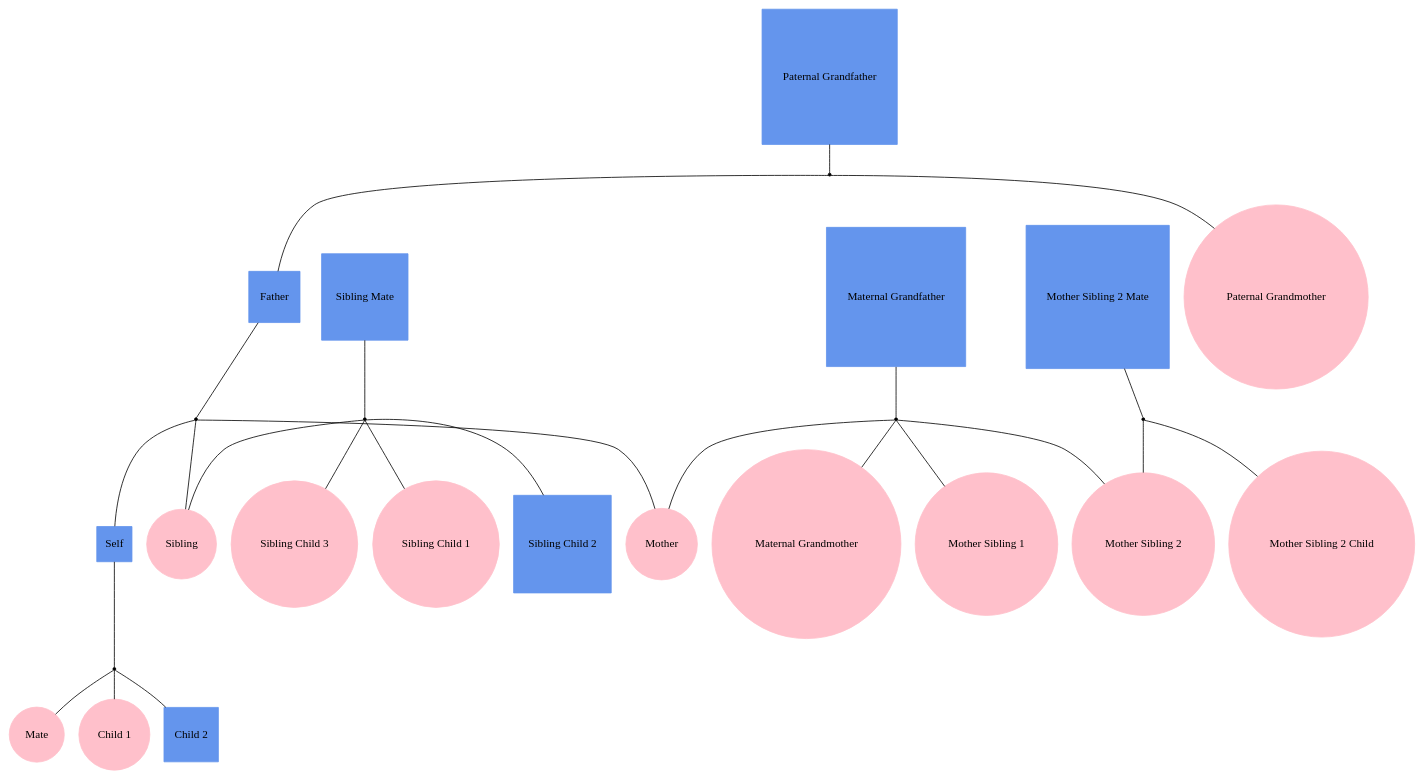
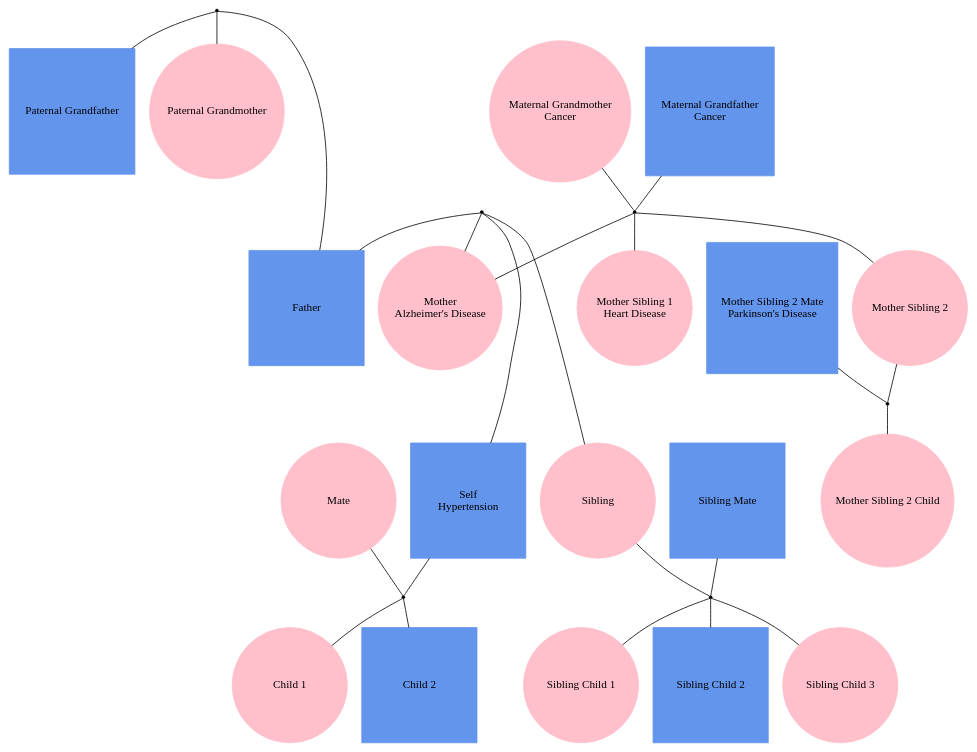
One commit to phewing/teamM_L changed the diagram in encoder/out8.gv. Above: the diagram before and after it, drawn with Graphviz. The commit also changed 22 other files, not shown here.

```diff
--- a/encoder/out8.gv
+++ b/encoder/out8.gv
@@ -1,49 +1,56 @@
 
 graph f8 {
-"Self" [shape=box, style=filled, regular=1, color="cornflowerblue"];
-"Mate" [shape=oval, style=filled, regular=1, color="pink"];
-"Child 1" [shape=oval, style=filled, regular=1, color="pink"];
-"Child 2" [shape=box, style=filled, regular=1, color="cornflowerblue"];
-"Sibling" [shape=oval, style=filled, regular=1, color="pink"];
-"Sibling Mate" [shape=box, style=filled, regular=1, color="cornflowerblue"];
-"Sibling Child 1" [shape=oval, style=filled, regular=1, color="pink"];
-"Sibling Child 2" [shape=box, style=filled, regular=1, color="cornflowerblue"];
-"Sibling Child 3" [shape=oval, style=filled, regular=1, color="pink"];
-"Father" [shape=box, style=filled, regular=1, color="cornflowerblue"];
-"Paternal Grandfather" [shape=box, style=filled, regular=1, color="cornflowerblue"];
-"Paternal Grandmother" [shape=oval, style=filled, regular=1, color="pink"];
-"Mother" [shape=oval, style=filled, regular=1, color="pink"];
-"Mother Sibling 1" [shape=oval, style=filled, regular=1, color="pink"];
-"Mother Sibling 2" [shape=oval, style=filled, regular=1, color="pink"];
-"Mother Sibling 2 Mate" [shape=box, style=filled, regular=1, color="cornflowerblue"];
-"Mother Sibling 2 Child" [shape=oval, style=filled, regular=1, color="pink"];
-"Maternal Grandfather" [shape=box, style=filled, regular=1, color="cornflowerblue"];
-"Maternal Grandmother" [shape=oval, style=filled, regular=1, color="pink"];
+ordering=out;
+
+"Self\nHypertension" [fontname="helvetica:bold", width=2, shape=box, style=filled, regular=1, color="cornflowerblue"];
+"Mate" [fontname="helvetica:bold", width=2, shape=oval, style=filled, regular=1, color="pink"];
+"Child 1" [fontname="helvetica:bold", width=2, shape=oval, style=filled, regular=1, color="pink"];
+"Child 2" [fontname="helvetica:bold", width=2, shape=box, style=filled, regular=1, color="cornflowerblue"];
+"Sibling" [fontname="helvetica:bold", width=2, shape=oval, style=filled, regular=1, color="pink"];
+"Sibling Mate" [fontname="helvetica:bold", width=2, shape=box, style=filled, regular=1, color="cornflowerblue"];
+"Sibling Child 1" [fontname="helvetica:bold", width=2, shape=oval, style=filled, regular=1, color="pink"];
+"Sibling Child 2" [fontname="helvetica:bold", width=2, shape=box, style=filled, regular=1, color="cornflowerblue"];
+"Sibling Child 3" [fontname="helvetica:bold", width=2, shape=oval, style=filled, regular=1, color="pink"];
+"Father" [fontname="helvetica:bold", width=2, shape=box, style=filled, regular=1, color="cornflowerblue"];
+"Paternal Grandfather" [fontname="helvetica:bold", width=2, shape=box, style=filled, regular=1, color="cornflowerblue"];
+"Paternal Grandmother" [fontname="helvetica:bold", width=2, shape=oval, style=filled, regular=1, color="pink"];
+"Mother\nAlzheimer's Disease" [fontname="helvetica:bold", width=2, shape=oval, style=filled, regular=1, color="pink"];
+"Mother Sibling 1\nHeart Disease" [fontname="helvetica:bold", width=2, shape=oval, style=filled, regular=1, color="pink"];
+"Mother Sibling 2" [fontname="helvetica:bold", width=2, shape=oval, style=filled, regular=1, color="pink"];
+"Mother Sibling 2 Mate\nParkinson's Disease" [fontname="helvetica:bold", width=2, shape=box, style=filled, regular=1, color="cornflowerblue"];
+"Mother Sibling 2 Child" [fontname="helvetica:bold", width=2, shape=oval, style=filled, regular=1, color="pink"];
+"Maternal Grandfather\nCancer" [fontname="helvetica:bold", width=2, shape=box, style=filled, regular=1, color="cornflowerblue"];
+"Maternal Grandmother\nCancer" [fontname="helvetica:bold", width=2, shape=oval, style=filled, regular=1, color="pink"];
 
 "self+mate" [shape=point];
 "siblingmate+sibling" [shape=point];
 "father+mother" [shape=point];
 "paternalgrandfather+paternalgrandmother" [shape=point];
 "mothersibling2mate+mothersibling2" [shape=point];
 "maternalgrandfather+maternalgrandmother" [shape=point];
 
-"Self" -- "self+mate" -- "Mate";
+"Self\nHypertension" -- "self+mate" -- "Mate";
 "Sibling Mate" -- "siblingmate+sibling" -- "Sibling";
-"Father" -- "father+mother" -- "Mother";
+"Father" -- "father+mother" -- "Mother\nAlzheimer's Disease";
 "Paternal Grandfather" -- "paternalgrandfather+paternalgrandmother" -- "Paternal Grandmother";
-"Mother Sibling 2 Mate" -- "mothersibling2mate+mothersibling2" -- "Mother Sibling 2";
-"Maternal Grandfather" -- "maternalgrandfather+maternalgrandmother" -- "Maternal Grandmother";
+"Mother Sibling 2 Mate\nParkinson's Disease" -- "mothersibling2mate+mothersibling2" -- "Mother Sibling 2";
+"Maternal Grandfather\nCancer" -- "maternalgrandfather+maternalgrandmother" -- "Maternal Grandmother\nCancer";
 
-"father+mother" -- "Self";
+"father+mother" -- "Self\nHypertension";
 "self+mate" -- "Child 1";
 "self+mate" -- "Child 2";
 "father+mother" -- "Sibling";
 "siblingmate+sibling" -- "Sibling Child 1";
 "siblingmate+sibling" -- "Sibling Child 2";
 "siblingmate+sibling" -- "Sibling Child 3";
 "paternalgrandfather+paternalgrandmother" -- "Father";
-"maternalgrandfather+maternalgrandmother" -- "Mother";
-"maternalgrandfather+maternalgrandmother" -- "Mother Sibling 1";
+"maternalgrandfather+maternalgrandmother" -- "Mother\nAlzheimer's Disease";
+"maternalgrandfather+maternalgrandmother" -- "Mother Sibling 1\nHeart Disease";
 "maternalgrandfather+maternalgrandmother" -- "Mother Sibling 2";
 "mothersibling2mate+mothersibling2" -- "Mother Sibling 2 Child";
+
+{rank=same; "Paternal Grandfather" "Paternal Grandmother" "Maternal Grandfather\nCancer" "Maternal Grandmother\nCancer"}
+{rank=same; "Father" "Mother\nAlzheimer's Disease" "Mother Sibling 1\nHeart Disease" "Mother Sibling 2" "Mother Sibling 2 Mate\nParkinson's Disease"}
+{rank=same; "Self\nHypertension" "Mate" "Sibling" "Sibling Mate" "Mother Sibling 2 Child"}
+{rank=same; "Child 1" "Child 2" "Sibling Child 1" "Sibling Child 2" "Sibling Child 3"}
 }
```
